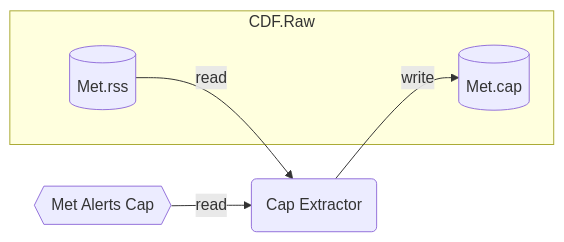
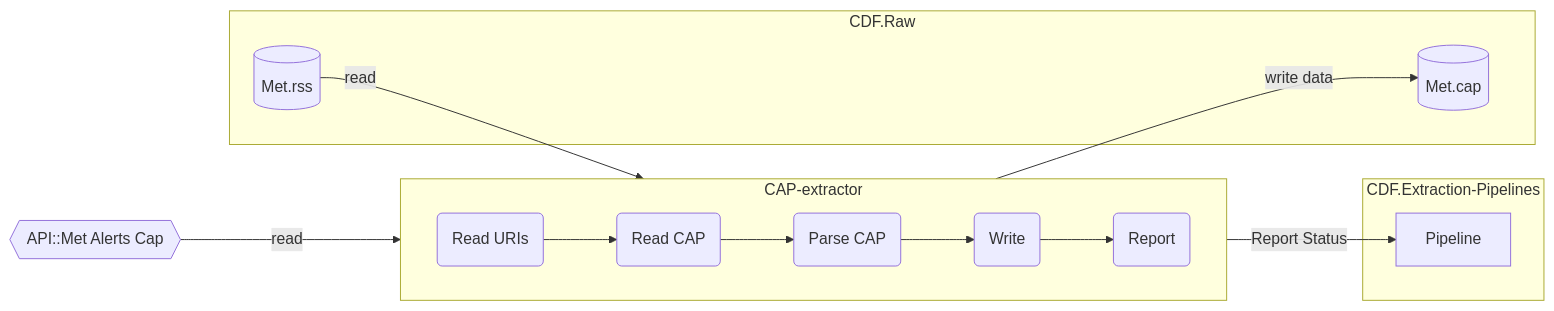
One commit to cognitedata/cdf-sdk-java-examples changed the diagram in 22-met-alerts-cap-extractor/README.md. Above: the diagram before and after it, drawn with Mermaid. The commit also changed other lines of this file and 1 other file, not shown here.

Commit message:
Update readmes with diagrams and text

````diff
--- a/22-met-alerts-cap-extractor/README.md
+++ b/22-met-alerts-cap-extractor/README.md
@@ -18,10 +18,24 @@
 ```mermaid
 flowchart LR
     subgraph CDF.Raw
-        A[(Met.rss)]
-        B[(Met.cap)]
+        1A[(Met.rss)]
+        1B[(Met.cap)]
     end
-    A -->|read| C(Cap Extractor)
-    D{{Met Alerts Cap}} -->|read| C
-    C -->|write| B
+    subgraph cap [CAP-extractor]
+        direction LR
+        2A(Read URIs)
+        2B(Read CAP)
+        2C(Parse CAP)
+        2D(Write)
+        2E(Report)
+        2A --> 2B --> 2C --> 2D
+        2D --> 2E
+    end
+    1A -->|read| 2A
+    D{{API::Met Alerts Cap}} --->|read| 2B
+    2D -->|write data| 1B
+    subgraph es [CDF.Extraction-Pipelines]
+        3A[Pipeline]
+    end
+    2E -->|Report Status| 3A
 ```
````
